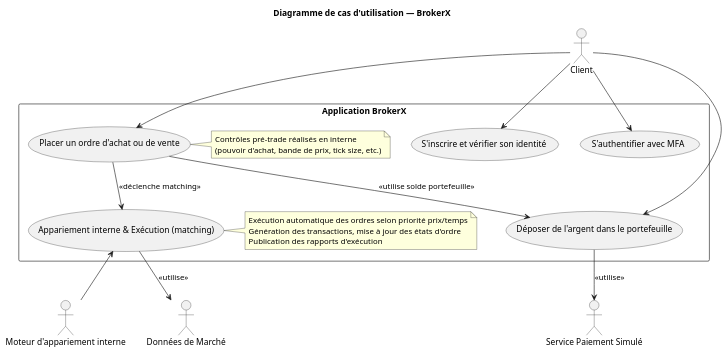
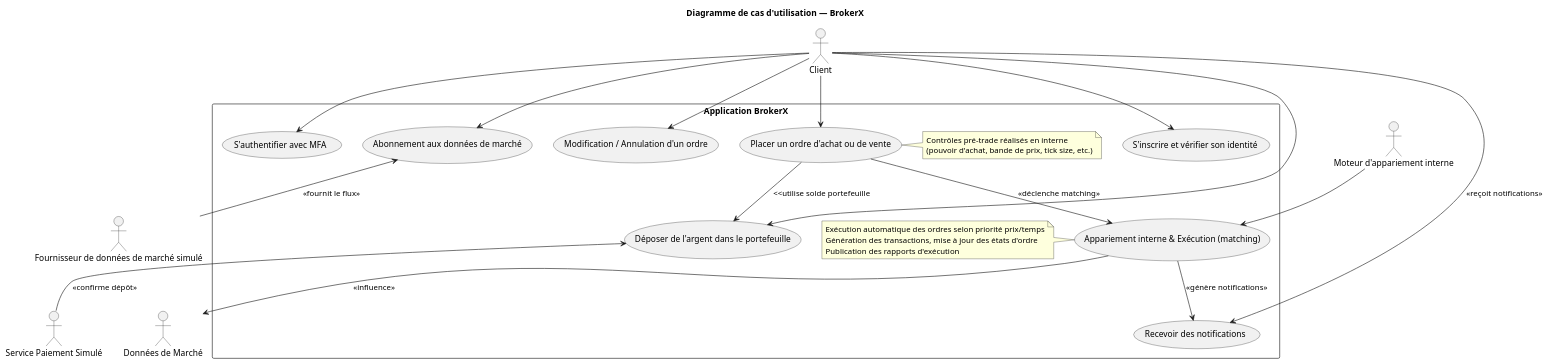
Before and after one commit to Hugo-12341234/BrokerX_MicroServices: the diagram in docs/architecture/4+1/scenarios/useCaseDiagram.puml, drawn with PlantUML. The commit also changed 2 other files, not shown here.

```diff
--- a/docs/architecture/4+1/scenarios/useCaseDiagram.puml
+++ b/docs/architecture/4+1/scenarios/useCaseDiagram.puml
@@ -1,39 +1,49 @@
 @startuml
 ' Diagramme de cas d'utilisation BrokerX — Vue Scénarios (4+1)
 
 title Diagramme de cas d'utilisation — BrokerX
 
 actor Client
 actor "Service Paiement Simulé" as PaymentService
 actor "Moteur d'appariement interne" as MatchingEngine
 actor "Données de Marché" as MarketData
+actor "Fournisseur de données de marché simulé" as MarketDataProvider
 
 rectangle "Application BrokerX" as BrokerXApp {
   usecase "S'inscrire et vérifier son identité" as UC01
   usecase "S'authentifier avec MFA" as UC02
   usecase "Déposer de l'argent dans le portefeuille" as UC03
+  usecase "Abonnement aux données de marché" as UC04
   usecase "Placer un ordre d'achat ou de vente" as UC05
+  usecase "Modification / Annulation d'un ordre" as UC06
   usecase "Appariement interne & Exécution (matching)" as UC07
+  usecase "Recevoir des notifications" as UC08
+
   note right of UC05
     Contrôles pré-trade réalisés en interne
     (pouvoir d'achat, bande de prix, tick size, etc.)
   end note
-  note right of UC07
+  note left of UC07
     Exécution automatique des ordres selon priorité prix/temps
     Génération des transactions, mise à jour des états d'ordre
     Publication des rapports d'exécution
   end note
 }
 
 Client --> UC01
 Client --> UC02
 Client --> UC03
+Client --> UC04
 Client --> UC05
+Client --> UC06
+Client --> UC08 : <<reçoit notifications>>
 
-UC03 --> PaymentService : <<utilise>>
-UC05 --> UC03 : <<utilise solde portefeuille>>
+UC03 <-- PaymentService : <<confirme dépôt>>
+UC05 --> UC03 : <<utilise solde portefeuille
+UC04 <-- MarketDataProvider : <<fournit le flux>>
 UC05 --> UC07 : <<déclenche matching>>
-MatchingEngine -up-> UC07
-UC07 --> MarketData : <<utilise>>
+UC07 --> UC08 : <<génère notifications>>
+MatchingEngine --> UC07
+UC07 --> MarketData : <<influence>>
 
 @enduml
```
